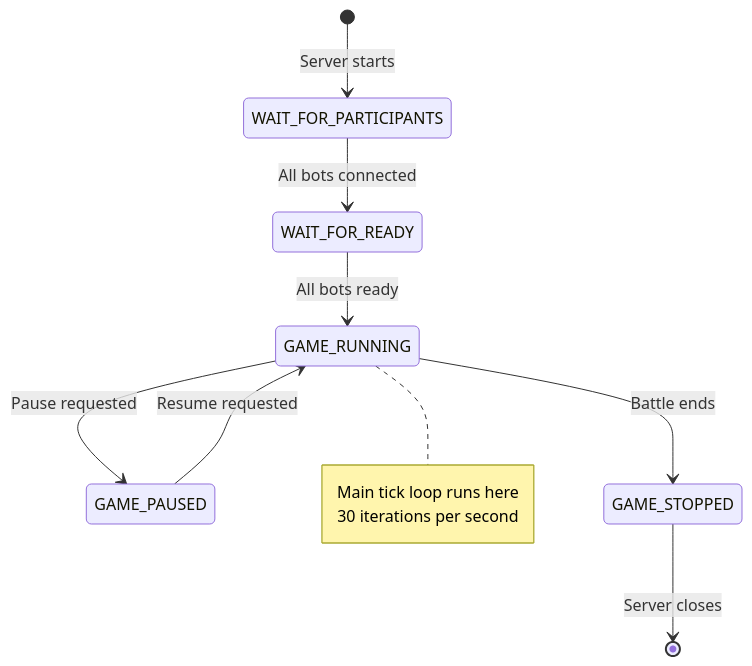
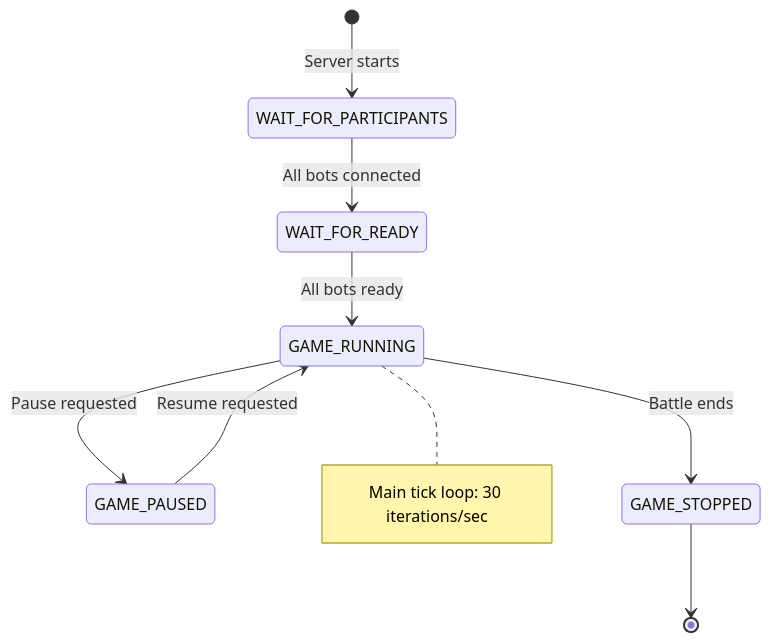
The second of 2 diagrams in docs-internal/architecture/adr/0003-realtime-game-loop-architecture.md (robocode-dev/tank-royale), drawn with Mermaid before and after one commit. The commit also changed other lines of this file and 6 other files, not shown here.

````diff
--- a/docs-internal/architecture/adr/0003-realtime-game-loop-architecture.md
+++ b/docs-internal/architecture/adr/0003-realtime-game-loop-architecture.md
@@ -141,15 +82,14 @@
 ```mermaid
 stateDiagram-v2
     [*] --> WAIT_FOR_PARTICIPANTS: Server starts
     WAIT_FOR_PARTICIPANTS --> WAIT_FOR_READY: All bots connected
     WAIT_FOR_READY --> GAME_RUNNING: All bots ready
     GAME_RUNNING --> GAME_PAUSED: Pause requested
     GAME_PAUSED --> GAME_RUNNING: Resume requested
     GAME_RUNNING --> GAME_STOPPED: Battle ends
-    GAME_STOPPED --> [*]: Server closes
+    GAME_STOPPED --> [*]
     
     note right of GAME_RUNNING
-        Main tick loop runs here
-        30 iterations per second
+        Main tick loop: 30 iterations/sec
     end note
 ```
````
